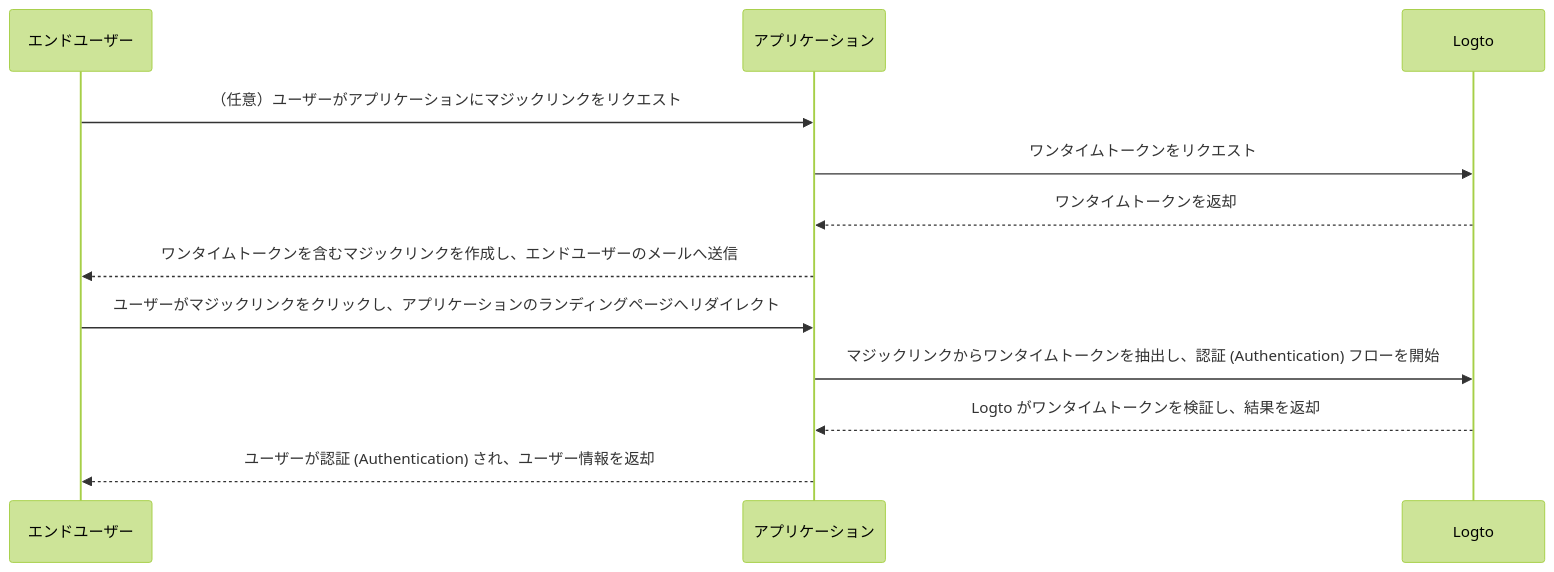
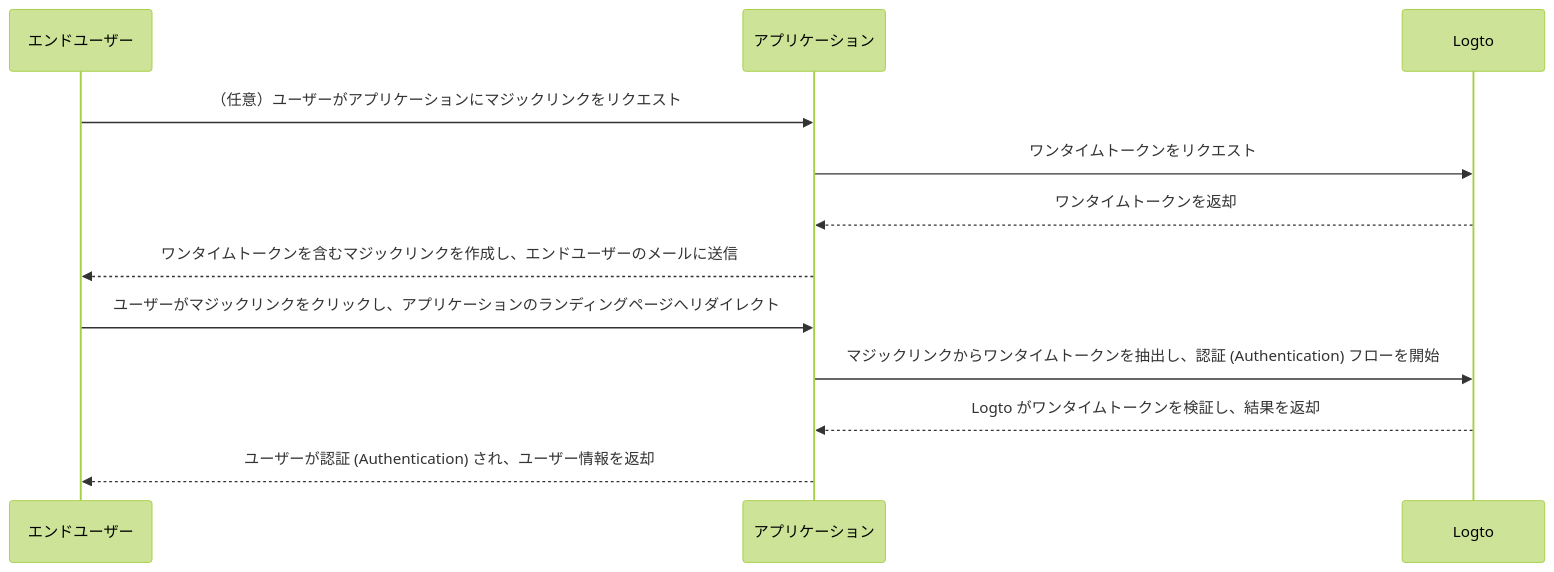
The diagram in i18n/ja/docusaurus-plugin-content-docs/current/end-user-flows/one-time-token.mdx (logto-io/docs), drawn with Mermaid (forest theme) before and after one commit. The commit also changed other lines of this file and 37 other files, not shown here.

````diff
--- a/i18n/ja/docusaurus-plugin-content-docs/current/end-user-flows/one-time-token.mdx
+++ b/i18n/ja/docusaurus-plugin-content-docs/current/end-user-flows/one-time-token.mdx
@@ -24,15 +40,15 @@
 ```mermaid
 sequenceDiagram
   participant U as エンドユーザー
   participant C as アプリケーション
   participant L as Logto
 
   U ->> C: （任意）ユーザーがアプリケーションにマジックリンクをリクエスト
   C ->> L: ワンタイムトークンをリクエスト
   L -->> C: ワンタイムトークンを返却
-  C -->> U: ワンタイムトークンを含むマジックリンクを作成し、エンドユーザーのメールへ送信
+  C -->> U: ワンタイムトークンを含むマジックリンクを作成し、エンドユーザーのメールに送信
   U ->> C: ユーザーがマジックリンクをクリックし、アプリケーションのランディングページへリダイレクト
   C ->> L: マジックリンクからワンタイムトークンを抽出し、認証 (Authentication) フローを開始
   L -->> C: Logto がワンタイムトークンを検証し、結果を返却
   C -->> U: ユーザーが認証 (Authentication) され、ユーザー情報を返却
 ```
````
